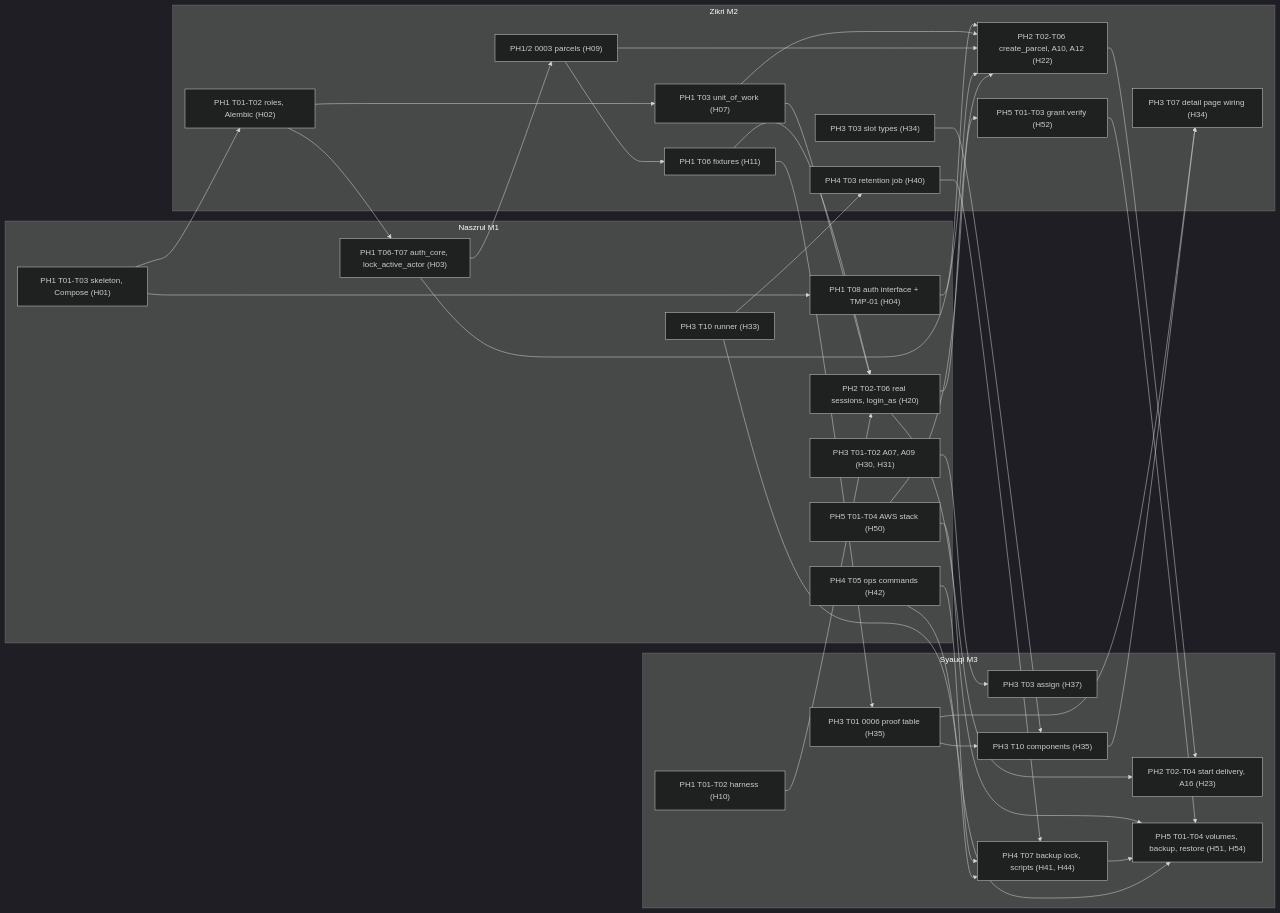
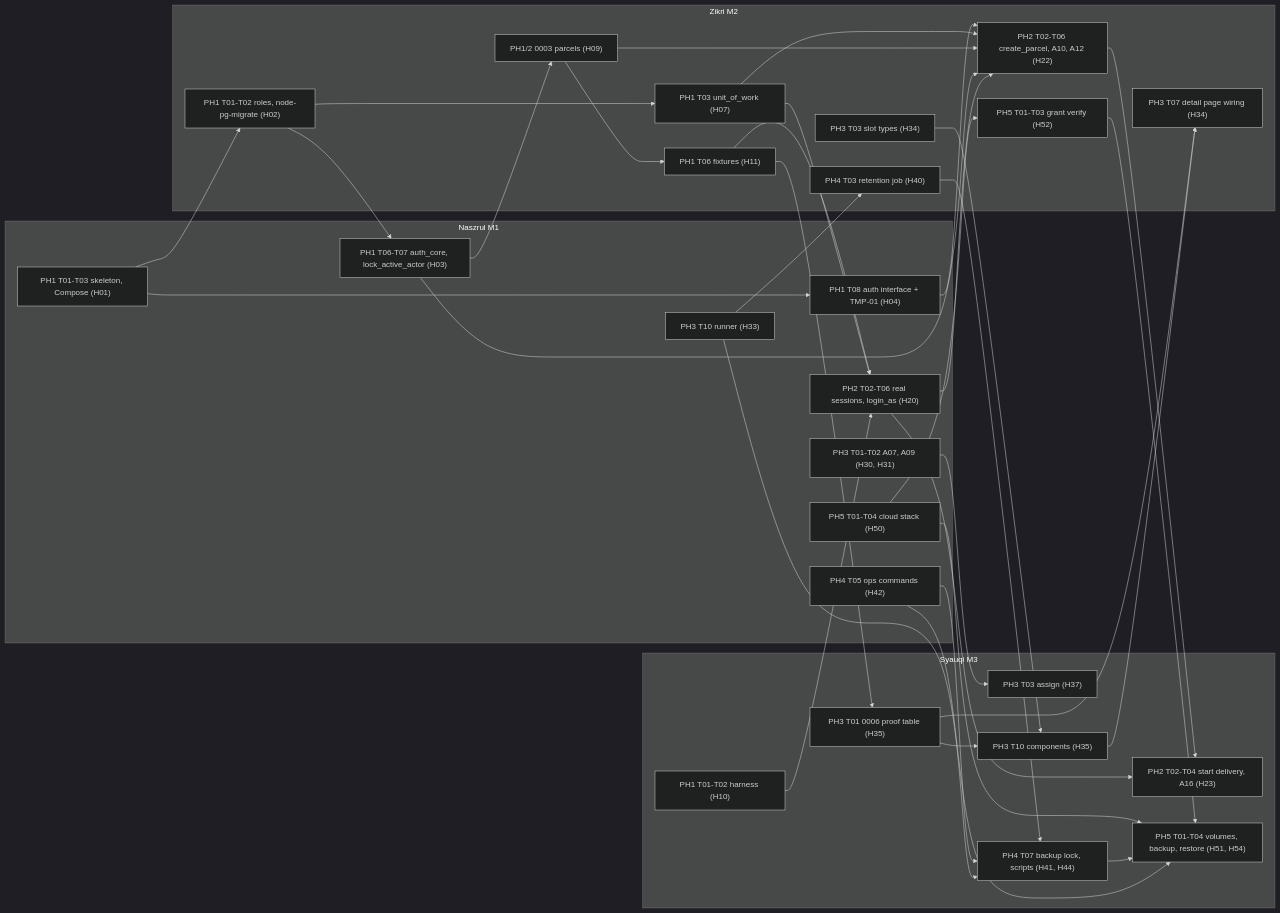
The diagram in docs/shared/dependency-matrix.md (Naszrul-NZL/ParcelTrack-Lite), drawn with Mermaid (dark theme) before and after one commit. The commit also changed other lines of this file and 218 other files, not shown here.

````diff
--- a/docs/shared/dependency-matrix.md
+++ b/docs/shared/dependency-matrix.md
@@ -106,64 +106,64 @@
 ```mermaid
 flowchart LR
   subgraph Naszrul[Naszrul M1]
     N1["PH1 T01-T03 skeleton, Compose (H01)"]
     N2["PH1 T06-T07 auth_core, lock_active_actor (H03)"]
     N3["PH1 T08 auth interface + TMP-01 (H04)"]
     N4["PH2 T02-T06 real sessions, login_as (H20)"]
     N5["PH3 T01-T02 A07, A09 (H30, H31)"]
     N6["PH3 T10 runner (H33)"]
     N7["PH4 T05 ops commands (H42)"]
-    N8["PH5 T01-T04 AWS stack (H50)"]
+    N8["PH5 T01-T04 cloud stack (H50)"]
   end
   subgraph ZIKRI[Zikri M2]
-    Z1["PH1 T01-T02 roles, Alembic (H02)"]
+    Z1["PH1 T01-T02 roles, node-pg-migrate (H02)"]
     Z2["PH1 T03 unit_of_work (H07)"]
     Z3["PH1/2 0003 parcels (H09)"]
     Z4["PH1 T06 fixtures (H11)"]
     Z5["PH2 T02-T06 create_parcel, A10, A12 (H22)"]
     Z6["PH3 T03 slot types (H34)"]
     Z6b["PH3 T07 detail page wiring (H34)"]
     Z7["PH4 T03 retention job (H40)"]
     Z8["PH5 T01-T03 grant verify (H52)"]
   end
   subgraph Syauqi[Syauqi M3]
     Q1["PH1 T01-T02 harness (H10)"]
     Q2["PH2 T02-T04 start delivery, A16 (H23)"]
     Q3["PH3 T01 0006 proof table (H35)"]
     Q4["PH3 T03 assign (H37)"]
     Q5["PH3 T10 components (H35)"]
     Q6["PH4 T07 backup lock, scripts (H41, H44)"]
     Q7["PH5 T01-T04 volumes, backup, restore (H51, H54)"]
   end
   N1 --> Z1
   Z1 --> N2
   N2 --> Z3
   Z1 --> Z2
   N1 --> N3
   Z3 --> Z4
   N3 --> Z5
   Z2 --> Z5
   Z3 --> Z5
   N2 --> Z5
   Q1 --> N4
   Z4 --> N4
   Z2 --> N4
   N4 --> Z5
   N4 --> Q2
   Z5 --> Q2
   N5 --> Q4
   Z6 --> Q5
   Q3 --> Z6b
   Q5 --> Z6b
   Z4 --> Q3
   N6 --> Z7
   Q3 --> Q5
   Z7 --> Q6
   N7 --> Q6
   N6 --> Q6
   N8 --> Z8
   N8 --> Q7
   Q6 --> Q7
   N7 --> Q7
   Z8 --> Q7
 ```
````
